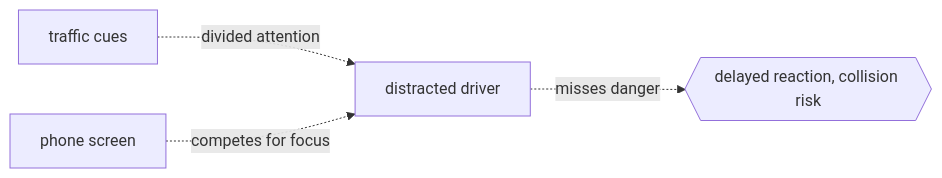
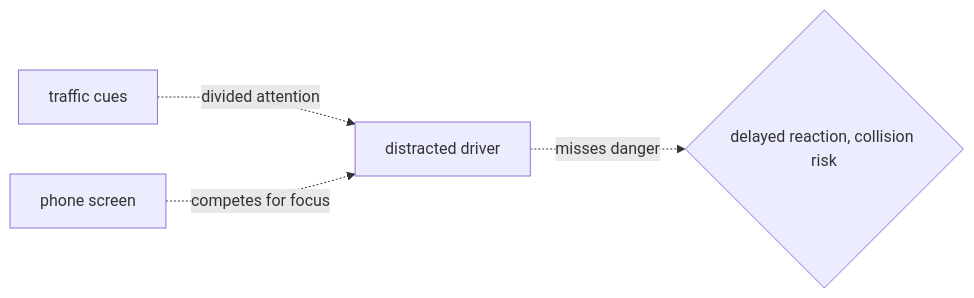
One commit to NeaByteLab/NeaByteLab changed the third of 3 diagrams in DEEP-NOTES/Cognitive-Processes/attention.md. Above: the diagram before and after it, drawn with Mermaid. The commit also changed other lines of this file and 4 other files, not shown here.

First line of the commit message:
docs(cognitive-processes): add memory notes and Mermaid index

````diff
--- a/DEEP-NOTES/Cognitive-Processes/attention.md
+++ b/DEEP-NOTES/Cognitive-Processes/attention.md
@@ -66,6 +66,6 @@
 ```mermaid
 flowchart LR
-  Road[traffic cues] -.->|divided attention| Novice[distracted driver]
-  Text[phone screen] -.->|competes for focus| Novice
-  Novice -.->|misses danger| Crash{{delayed reaction, collision risk}}
+  Road["traffic cues"] -.->|divided attention| Novice["distracted driver"]
+  Text["phone screen"] -.->|competes for focus| Novice
+  Novice -.->|misses danger| Crash{"delayed reaction, collision risk"}
 ```
````
